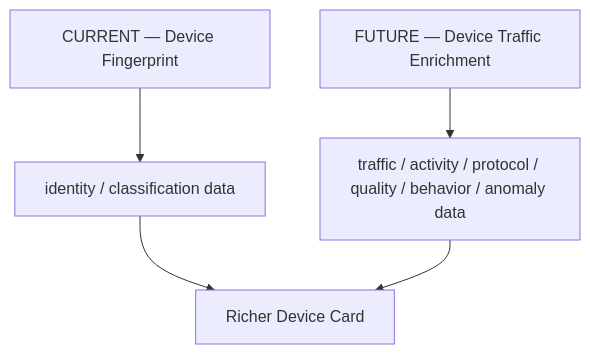
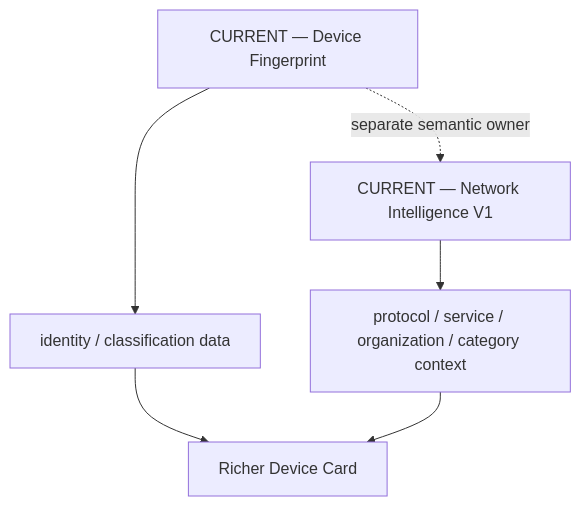
Diagram 16 of 16 in docs/modules/device-fingerprint.md (ZaurNavi/CaptivePortal), drawn with Mermaid before and after one commit. The commit also changed other lines of this file and 16 other files, not shown here.

Commit message:
docs: close Network Intelligence V1 knowledge base

````diff
--- a/docs/modules/device-fingerprint.md
+++ b/docs/modules/device-fingerprint.md
@@ -1040,7 +1040,8 @@
 ```mermaid
 flowchart TD
     DF["CURRENT — Device Fingerprint"] --> ID["identity / classification data"]
-    TE["FUTURE — Device Traffic Enrichment"] --> TI["traffic / activity / protocol / quality / behavior / anomaly data"]
+    NI["CURRENT — Network Intelligence V1"] --> INTEL["protocol / service / organization / category context"]
     ID --> CARD[Richer Device Card]
-    TI --> CARD
+    INTEL --> CARD
+    DF -. separate semantic owner .-> NI
 ```
````
